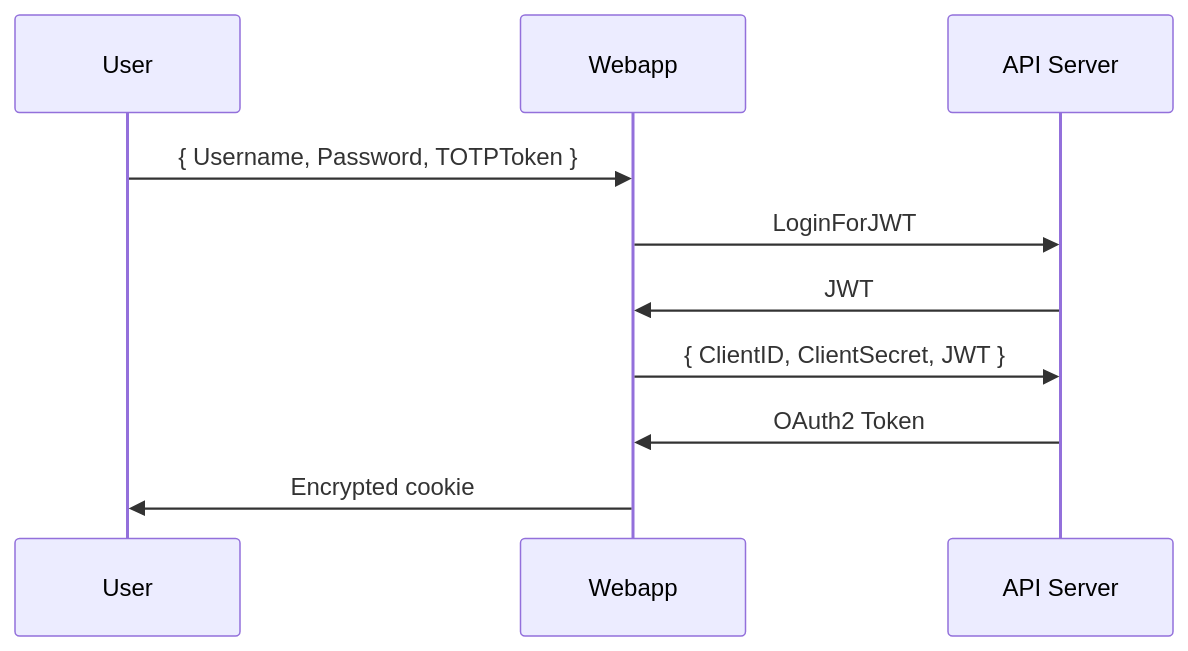
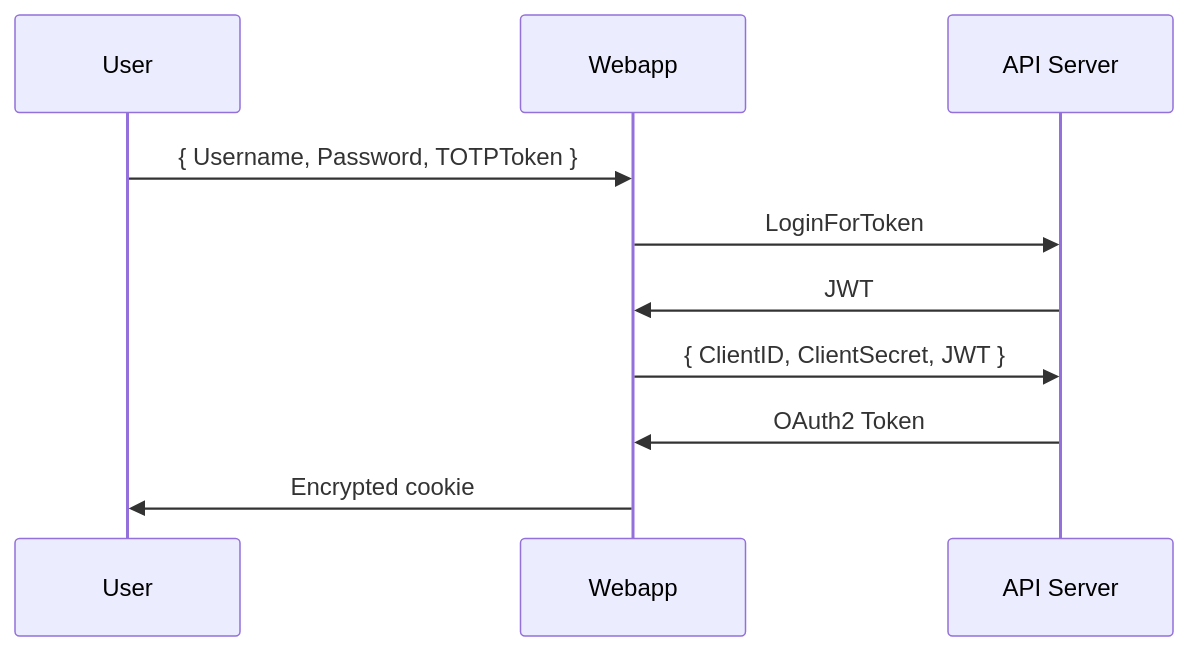
One commit to dinnerdonebetter/dinnerdonebetter changed the first of 2 diagrams in frontend/documentation/authentication.md. Above: the diagram before and after it, drawn with Mermaid. The commit also changed 24 other files, not shown here.

````diff
--- a/frontend/documentation/authentication.md
+++ b/frontend/documentation/authentication.md
@@ -5,9 +5,9 @@
 ```mermaid
 sequenceDiagram
     User->>Webapp: { Username, Password, TOTPToken }
-    Webapp->>API Server: LoginForJWT
+    Webapp->>API Server: LoginForToken
     API Server->>Webapp: JWT
     Webapp->>API Server: { ClientID, ClientSecret, JWT }
     API Server->>Webapp: OAuth2 Token
     Webapp->>User: Encrypted cookie
 ```
````
